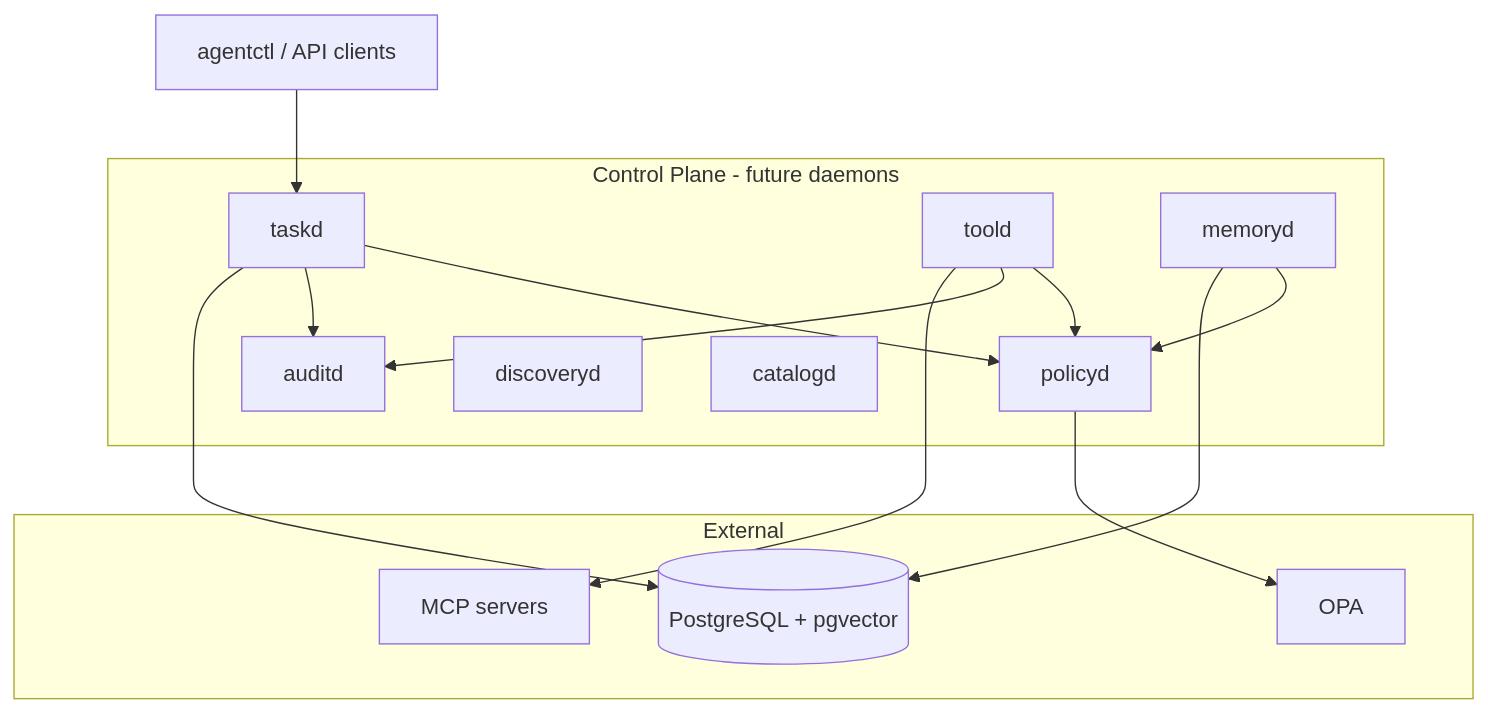
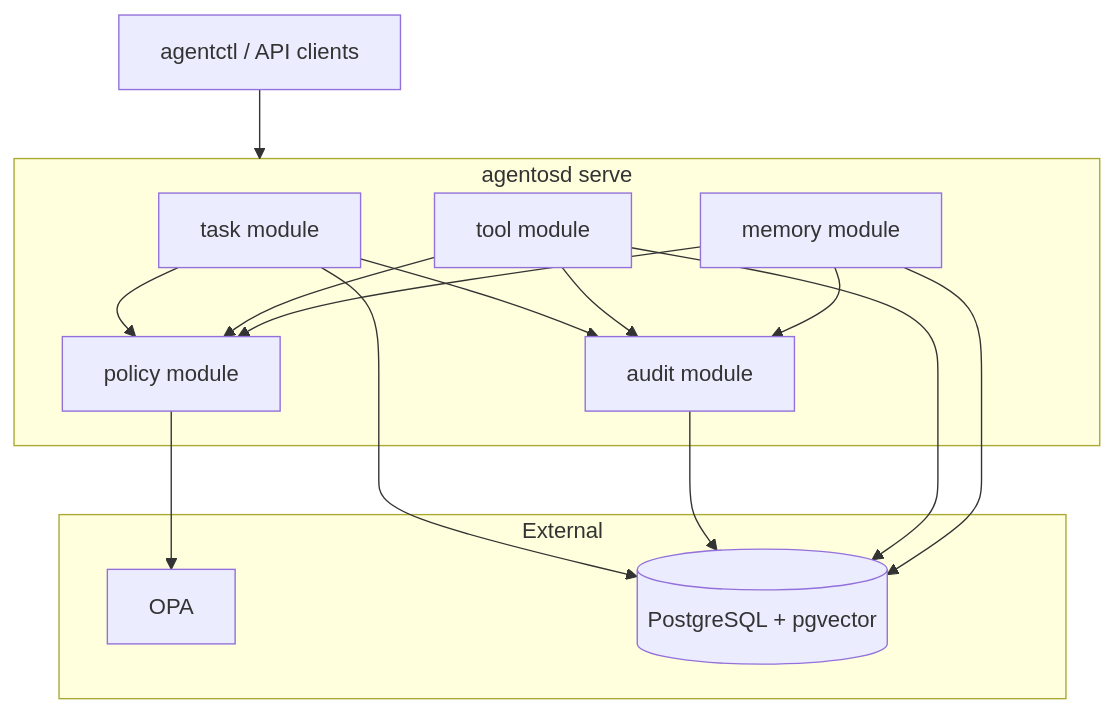
The diagram in docs/architecture.md (neurosai/agentos), drawn with Mermaid before and after one commit. The commit also changed other lines of this file and 53 other files, not shown here.

````diff
--- a/docs/architecture.md
+++ b/docs/architecture.md
@@ -7,28 +7,27 @@
 ```mermaid
 flowchart TB
     CLI[agentctl / API clients]
-    subgraph control [Control Plane - future daemons]
-        TaskD[taskd]
-        PolicyD[policyd]
-        AuditD[auditd]
-        ToolD[toold]
-        MemoryD[memoryd]
-        DiscoveryD[discoveryd]
-        CatalogD[catalogd]
+    subgraph agentosd [agentosd serve]
+        TaskM[task module]
+        PolicyM[policy module]
+        AuditM[audit module]
+        ToolM[tool module]
+        MemoryM[memory module]
     end
     subgraph external [External]
         OPA[OPA]
         PG[(PostgreSQL + pgvector)]
-        MCP[MCP servers]
     end
-    CLI --> TaskD
-    TaskD --> PolicyD
-    ToolD --> PolicyD
-    MemoryD --> PolicyD
-    TaskD --> AuditD
-    ToolD --> AuditD
-    PolicyD --> OPA
-    TaskD --> PG
-    MemoryD --> PG
-    ToolD --> MCP
+    CLI --> agentosd
+    TaskM --> PolicyM
+    ToolM --> PolicyM
+    MemoryM --> PolicyM
+    TaskM --> AuditM
+    ToolM --> AuditM
+    MemoryM --> AuditM
+    PolicyM --> OPA
+    TaskM --> PG
+    AuditM --> PG
+    ToolM --> PG
+    MemoryM --> PG
 ```
````
